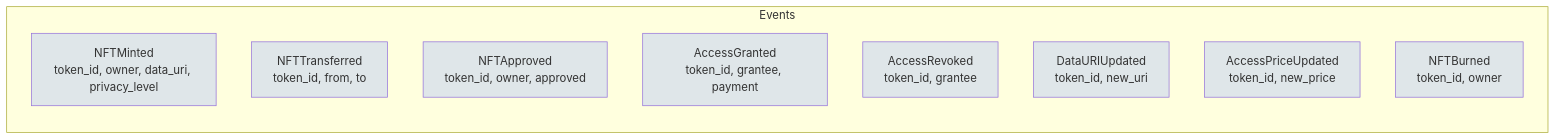
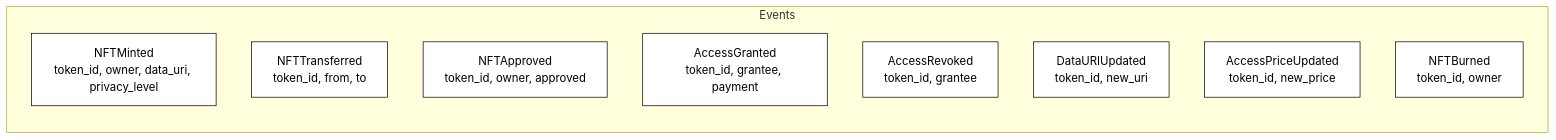
Before and after one commit to PolkaMesh/PolkaMesh-Contracts: diagram 13 of 18 in data_nft_registry/README.md, drawn with Mermaid. The commit also changed other lines of this file and 4 other files, not shown here.

````diff
--- a/data_nft_registry/README.md
+++ b/data_nft_registry/README.md
@@ -320,22 +320,22 @@
 ```mermaid
 graph LR
     subgraph Events
         E1[NFTMinted<br/>token_id, owner, data_uri, privacy_level]
         E2[NFTTransferred<br/>token_id, from, to]
         E3[NFTApproved<br/>token_id, owner, approved]
         E4[AccessGranted<br/>token_id, grantee, payment]
         E5[AccessRevoked<br/>token_id, grantee]
         E6[DataURIUpdated<br/>token_id, new_uri]
         E7[AccessPriceUpdated<br/>token_id, new_price]
         E8[NFTBurned<br/>token_id, owner]
     end
 
-    style E1 fill:#dfe6e9
-    style E2 fill:#dfe6e9
-    style E3 fill:#dfe6e9
-    style E4 fill:#dfe6e9
-    style E5 fill:#dfe6e9
-    style E6 fill:#dfe6e9
-    style E7 fill:#dfe6e9
-    style E8 fill:#dfe6e9
+    style E1 fill:#ffffff,stroke:#000000,color:#000000
+    style E2 fill:#ffffff,stroke:#000000,color:#000000
+    style E3 fill:#ffffff,stroke:#000000,color:#000000
+    style E4 fill:#ffffff,stroke:#000000,color:#000000
+    style E5 fill:#ffffff,stroke:#000000,color:#000000
+    style E6 fill:#ffffff,stroke:#000000,color:#000000
+    style E7 fill:#ffffff,stroke:#000000,color:#000000
+    style E8 fill:#ffffff,stroke:#000000,color:#000000
 ```
````
